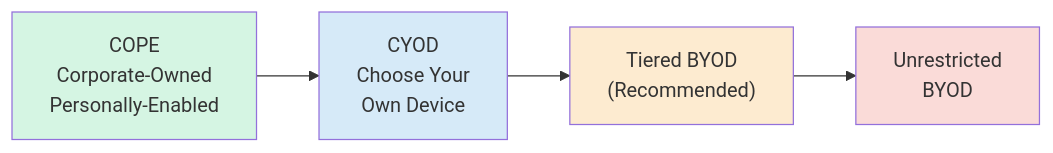
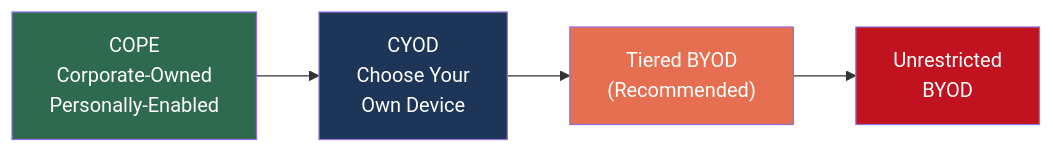
The first of 5 diagrams in CC/Winter 2025/Mobile Wireless Security - Mohamed Jbeili - CSC-7306/BYOD_POLICY_FRAMEWORK.md (RossMora-Pilots/405-Mobile-Wireless-Security), drawn with Mermaid before and after one commit. The commit also changed other lines of this file and 6 other files, not shown here.

First line of the commit message:
Remediate 5 growth areas: defense validation, risk quantification, lessons learned, visual palette, new diagrams

````diff
--- a/CC/Winter 2025/Mobile Wireless Security - Mohamed Jbeili - CSC-7306/BYOD_POLICY_FRAMEWORK.md
+++ b/CC/Winter 2025/Mobile Wireless Security - Mohamed Jbeili - CSC-7306/BYOD_POLICY_FRAMEWORK.md
@@ -26,11 +27,11 @@
 ```mermaid
 flowchart LR
     COPE["COPE<br/>Corporate-Owned<br/>Personally-Enabled"] --> CYOD["CYOD<br/>Choose Your<br/>Own Device"]
     CYOD --> BYODT["Tiered BYOD<br/>(Recommended)"]
     BYODT --> BYODU["Unrestricted<br/>BYOD"]
 
-    style COPE fill:#d5f5e3,color:#333
-    style CYOD fill:#d6eaf8,color:#333
-    style BYODT fill:#fdebd0,color:#333
-    style BYODU fill:#fadbd8,color:#333
+    style COPE fill:#2d6a4f,color:#fff
+    style CYOD fill:#1d3557,color:#fff
+    style BYODT fill:#e76f51,color:#fff
+    style BYODU fill:#c1121f,color:#fff
 ```
````
